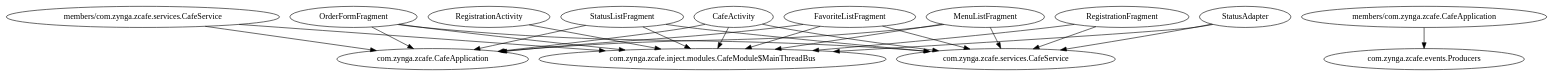
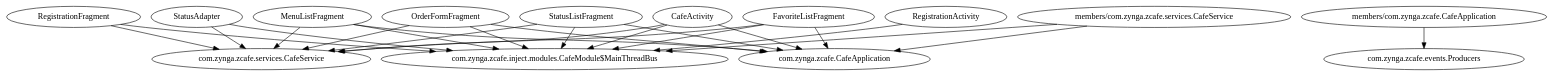
Before and after one commit to jprimas/zCafe: the diagram in zCafe/.apt_generated/com/zynga/zcafe/inject/modules/CafeModule.dot, drawn with Graphviz. The commit also changed 14 other files, not shown here.

```diff
--- a/zCafe/.apt_generated/com/zynga/zcafe/inject/modules/CafeModule.dot
+++ b/zCafe/.apt_generated/com/zynga/zcafe/inject/modules/CafeModule.dot
@@ -1,32 +1,32 @@
 digraph G1 {
   concentrate = true;
-  n2 [label="com.zynga.zcafe.CafeApplication"];
+  n2 [label="com.zynga.zcafe.services.CafeService"];
   CafeActivity -> n2;
-  n3 [label="com.zynga.zcafe.services.CafeService"];
+  n3 [label="com.zynga.zcafe.inject.modules.CafeModule$MainThreadBus"];
   CafeActivity -> n3;
-  n4 [label="com.zynga.zcafe.inject.modules.CafeModule$MainThreadBus"];
+  n4 [label="com.zynga.zcafe.CafeApplication"];
   CafeActivity -> n4;
   FavoriteListFragment -> n2;
   FavoriteListFragment -> n3;
   FavoriteListFragment -> n4;
   MenuListFragment -> n2;
   MenuListFragment -> n3;
   MenuListFragment -> n4;
   OrderFormFragment -> n2;
   OrderFormFragment -> n3;
   OrderFormFragment -> n4;
-  RegistrationActivity -> n4;
+  RegistrationActivity -> n3;
+  RegistrationFragment -> n2;
   RegistrationFragment -> n3;
-  RegistrationFragment -> n4;
+  StatusAdapter -> n2;
   StatusAdapter -> n3;
-  StatusAdapter -> n4;
   StatusListFragment -> n2;
   StatusListFragment -> n3;
   StatusListFragment -> n4;
   n5 [label="members/com.zynga.zcafe.CafeApplication"];
   n6 [label="com.zynga.zcafe.events.Producers"];
   n5 -> n6;
   n7 [label="members/com.zynga.zcafe.services.CafeService"];
-  n7 -> n2;
+  n7 -> n3;
   n7 -> n4;
 }
```
